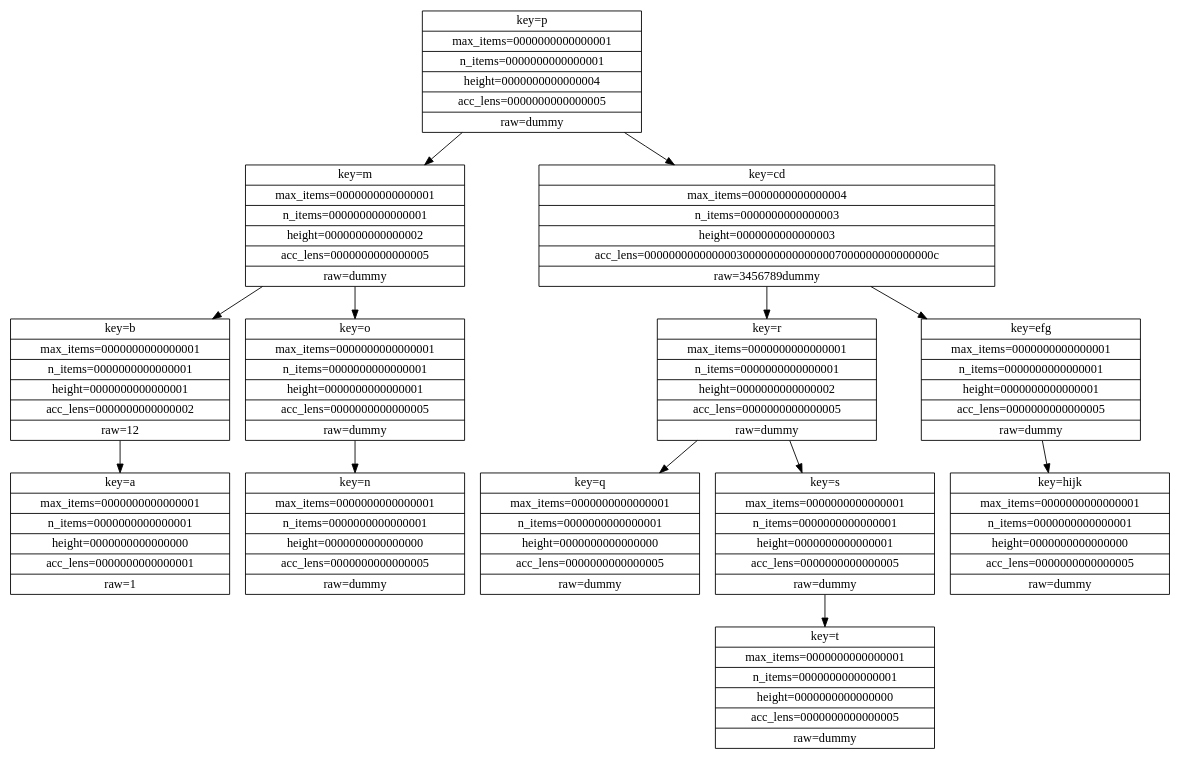
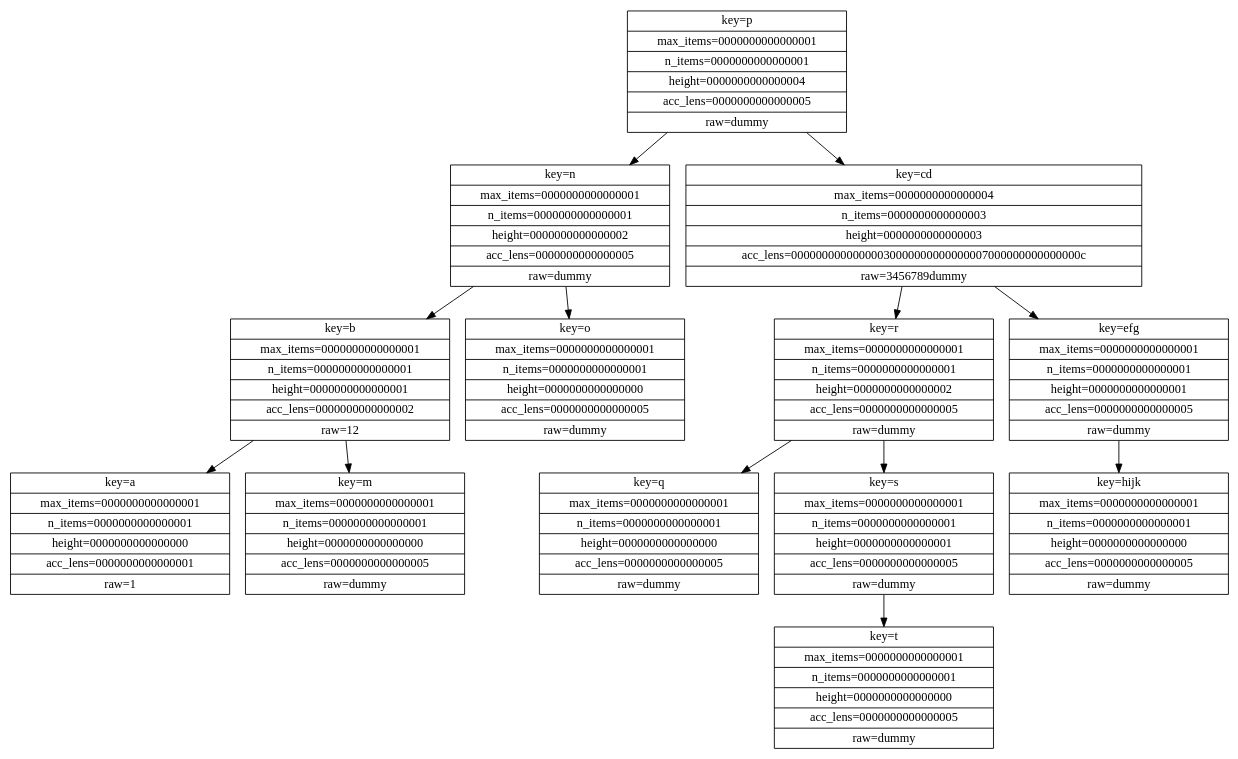
The diagram in data.ground.dot (chientrm/kadb), drawn with Graphviz before and after one commit. The commit also changed 1 other file, not shown here.

```diff
--- a/data.ground.dot
+++ b/data.ground.dot
@@ -1,27 +1,27 @@
 digraph {
 p[shape=record,label="{key=p|max_items=0000000000000001|n_items=0000000000000001|height=0000000000000004|acc_lens=0000000000000005|raw=dummy}"]
-m[shape=record,label="{key=m|max_items=0000000000000001|n_items=0000000000000001|height=0000000000000002|acc_lens=0000000000000005|raw=dummy}"]
+n[shape=record,label="{key=n|max_items=0000000000000001|n_items=0000000000000001|height=0000000000000002|acc_lens=0000000000000005|raw=dummy}"]
 b[shape=record,label="{key=b|max_items=0000000000000001|n_items=0000000000000001|height=0000000000000001|acc_lens=0000000000000002|raw=12}"]
 a[shape=record,label="{key=a|max_items=0000000000000001|n_items=0000000000000001|height=0000000000000000|acc_lens=0000000000000001|raw=1}"]
 b -> a
-m -> b
-o[shape=record,label="{key=o|max_items=0000000000000001|n_items=0000000000000001|height=0000000000000001|acc_lens=0000000000000005|raw=dummy}"]
-n[shape=record,label="{key=n|max_items=0000000000000001|n_items=0000000000000001|height=0000000000000000|acc_lens=0000000000000005|raw=dummy}"]
-o -> n
-m -> o
-p -> m
+m[shape=record,label="{key=m|max_items=0000000000000001|n_items=0000000000000001|height=0000000000000000|acc_lens=0000000000000005|raw=dummy}"]
+b -> m
+n -> b
+o[shape=record,label="{key=o|max_items=0000000000000001|n_items=0000000000000001|height=0000000000000000|acc_lens=0000000000000005|raw=dummy}"]
+n -> o
+p -> n
 cd[shape=record,label="{key=cd|max_items=0000000000000004|n_items=0000000000000003|height=0000000000000003|acc_lens=00000000000000030000000000000007000000000000000c|raw=3456789dummy}"]
 r[shape=record,label="{key=r|max_items=0000000000000001|n_items=0000000000000001|height=0000000000000002|acc_lens=0000000000000005|raw=dummy}"]
 q[shape=record,label="{key=q|max_items=0000000000000001|n_items=0000000000000001|height=0000000000000000|acc_lens=0000000000000005|raw=dummy}"]
 r -> q
 s[shape=record,label="{key=s|max_items=0000000000000001|n_items=0000000000000001|height=0000000000000001|acc_lens=0000000000000005|raw=dummy}"]
 t[shape=record,label="{key=t|max_items=0000000000000001|n_items=0000000000000001|height=0000000000000000|acc_lens=0000000000000005|raw=dummy}"]
 s -> t
 r -> s
 cd -> r
 efg[shape=record,label="{key=efg|max_items=0000000000000001|n_items=0000000000000001|height=0000000000000001|acc_lens=0000000000000005|raw=dummy}"]
 hijk[shape=record,label="{key=hijk|max_items=0000000000000001|n_items=0000000000000001|height=0000000000000000|acc_lens=0000000000000005|raw=dummy}"]
 efg -> hijk
 cd -> efg
 p -> cd
 }
```
